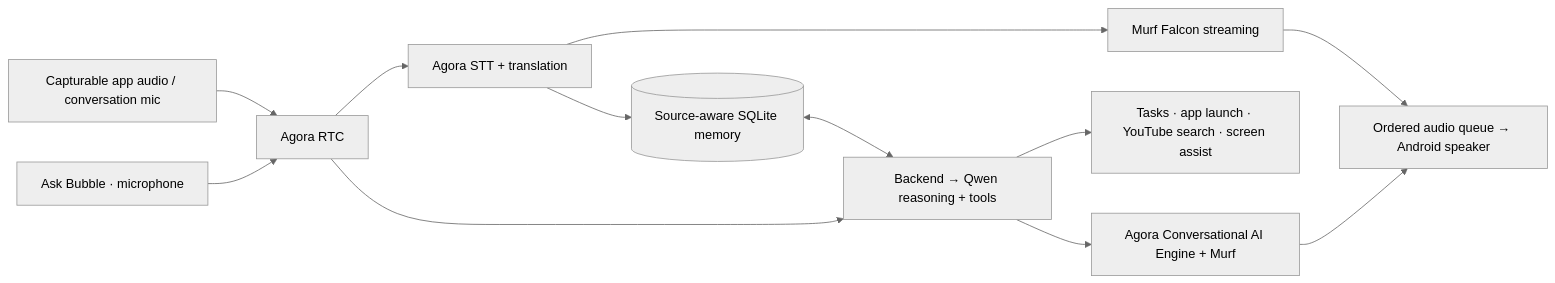
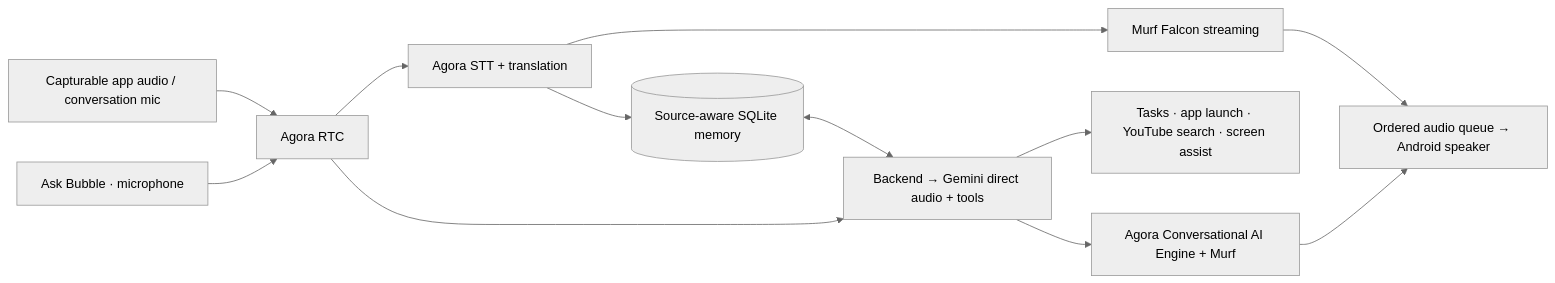
Before and after one commit to Niteesh57/Any_Voice: the diagram in README.md, drawn with Mermaid (neutral theme). The commit also changed other lines of this file and 1 other file, not shown here.

Commit message:
Refresh README for Gemini direct audio and current verification

````diff
--- a/README.md
+++ b/README.md
@@ -58,14 +60,14 @@
 ```mermaid
 flowchart LR
     A[Capturable app audio / conversation mic] --> B[Agora RTC]
     B --> C[Agora STT + translation]
     C --> D[Murf Falcon streaming]
     D --> E[Ordered audio queue → Android speaker]
     C --> M[(Source-aware SQLite memory)]
     Q[Ask Bubble · microphone] --> B
-    B --> L[Backend → Qwen reasoning + tools]
+    B --> L[Backend → Gemini direct audio + tools]
     M <--> L
     L --> T[Tasks · app launch · YouTube search · screen assist]
     L --> V[Agora Conversational AI Engine + Murf]
     V --> E
 ```
````
